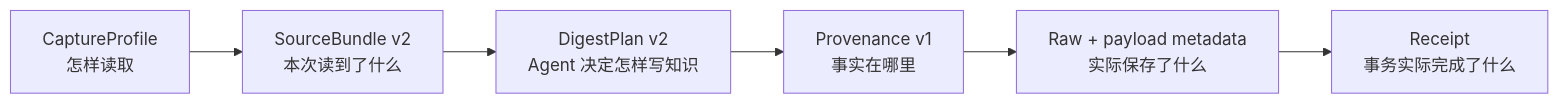
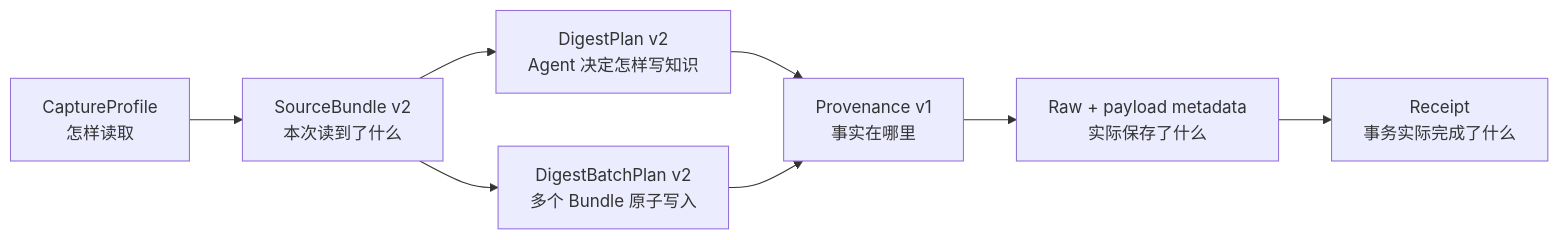
One commit to ranjiao/byteworker changed diagram 16 of 19 in ARCHITECTURE.md. Above: the diagram before and after it, drawn with Mermaid. The commit also changed other lines of this file and 31 other files, not shown here.

````diff
--- a/ARCHITECTURE.md
+++ b/ARCHITECTURE.md
@@ -727,11 +740,13 @@
 ```mermaid
 flowchart LR
     CP["CaptureProfile<br/>怎样读取"]
     SB["SourceBundle v2<br/>本次读到了什么"]
     DP["DigestPlan v2<br/>Agent 决定怎样写知识"]
+    BP["DigestBatchPlan v2<br/>多个 Bundle 原子写入"]
     PV["Provenance v1<br/>事实在哪里"]
     RAW["Raw + payload metadata<br/>实际保存了什么"]
     RC["Receipt<br/>事务实际完成了什么"]
 
     CP --> SB --> DP --> PV --> RAW --> RC
+    SB --> BP --> PV
 ```
````
